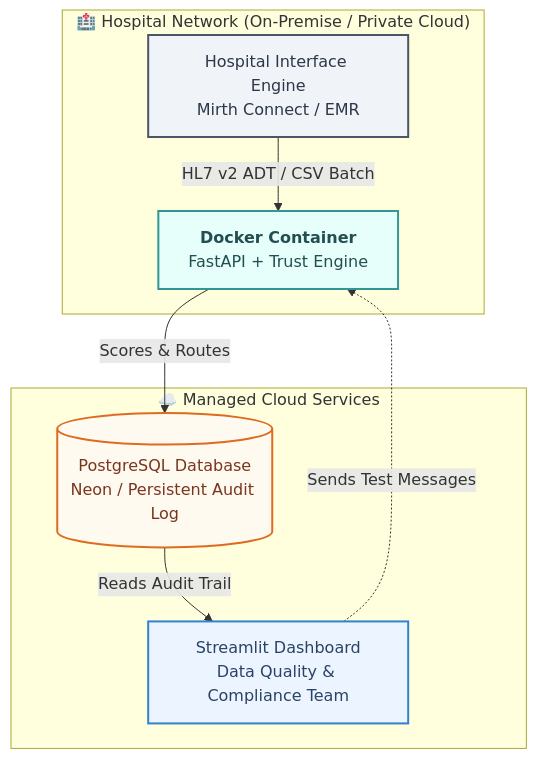
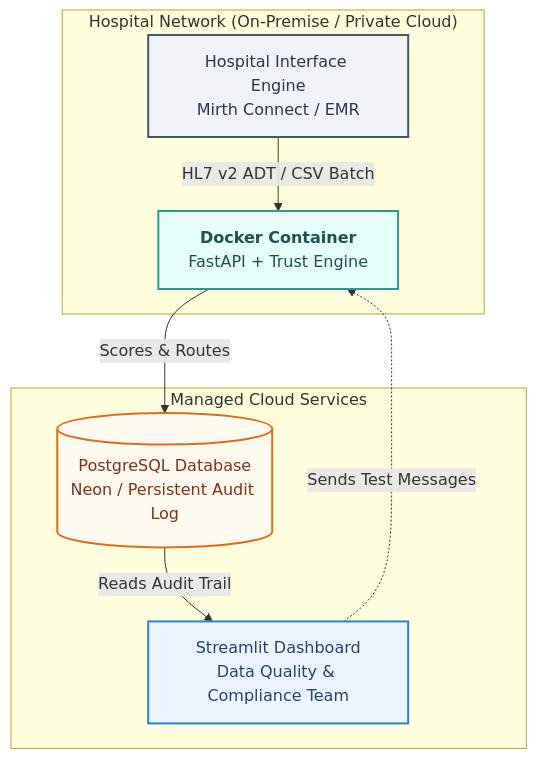
The diagram in README.md (hamzashekhani650-cell/Identity-trust-assessment), drawn with Mermaid before and after one commit. The commit also changed other lines of this file, not shown here.

````diff
--- a/README.md
+++ b/README.md
@@ -34,27 +34,27 @@
 ```mermaid
 flowchart TD
-    subgraph Hospital_Network ["🏥 Hospital Network (On-Premise / Private Cloud)"]
+    subgraph Hospital_Network ["Hospital Network (On-Premise / Private Cloud)"]
         HIS[Hospital Interface Engine<br/>Mirth Connect / EMR]
         Docker[<b>Docker Container</b><br/>FastAPI + Trust Engine]
     end
 
-    subgraph Managed_Cloud ["☁️ Managed Cloud Services"]
+    subgraph Managed_Cloud ["Managed Cloud Services"]
         DB[(PostgreSQL Database<br/>Neon / Persistent Audit Log)]
         UI[Streamlit Dashboard<br/>Data Quality & Compliance Team]
     end
 
     HIS -->|"HL7 v2 ADT / CSV Batch"| Docker
     Docker -->|"Scores & Routes"| DB
     DB -->|"Reads Audit Trail"| UI
     UI -.->|"Sends Test Messages"| Docker
 
     classDef hospital fill:#f0f4f8,stroke:#4a5568,stroke-width:2px,color:#2d3748
     classDef docker fill:#e6fffa,stroke:#319795,stroke-width:2px,color:#234e52
     classDef database fill:#fffaf0,stroke:#dd6b20,stroke-width:2px,color:#7b341e
     classDef dashboard fill:#ebf4ff,stroke:#3182ce,stroke-width:2px,color:#2a4365
 
     class HIS hospital
     class Docker docker
     class DB database
     class UI dashboard
 ```
````
